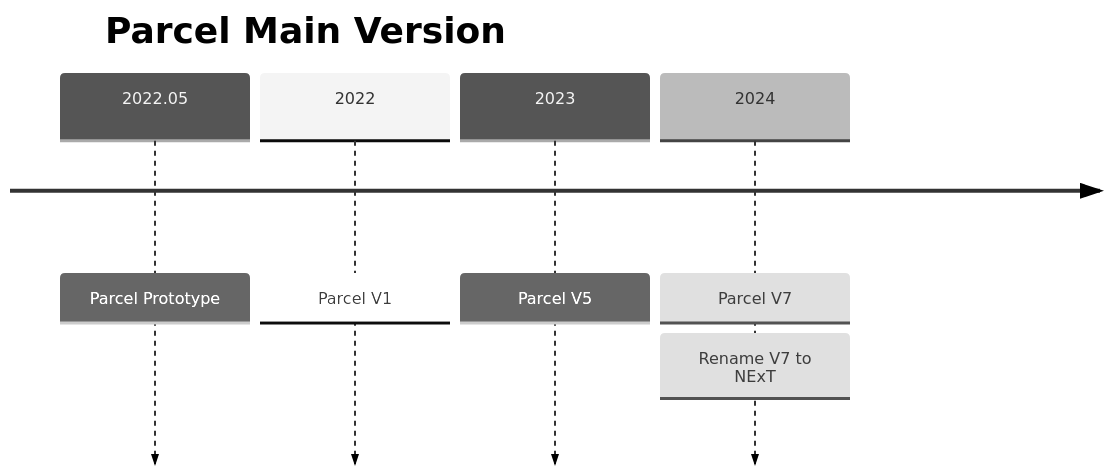
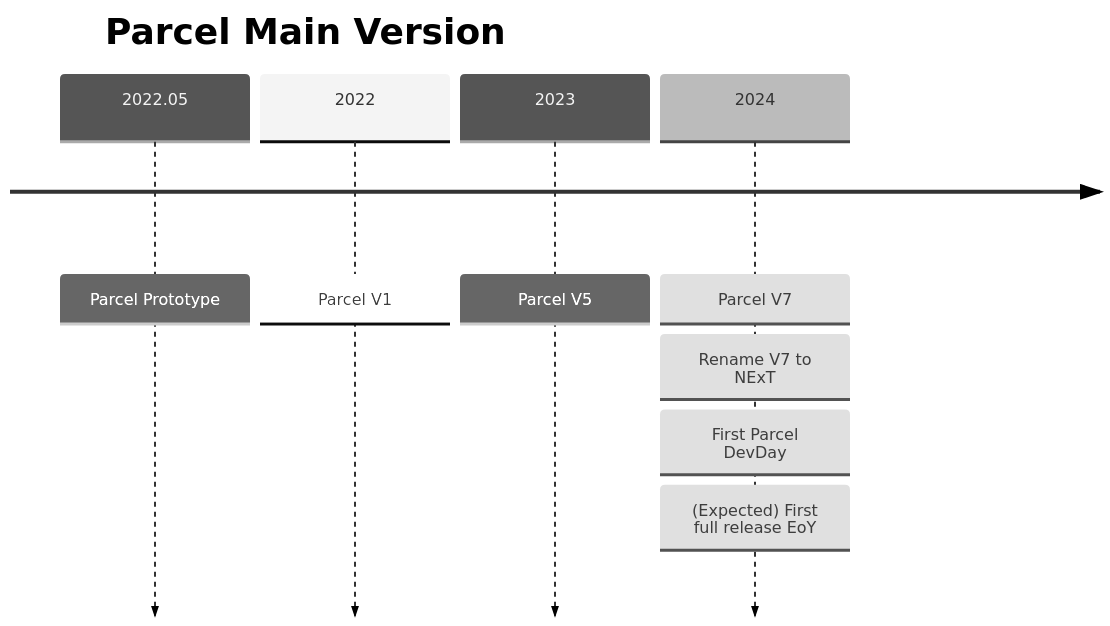
Before and after one commit to Methodox-Technologies/.github: the diagram in profile/README.md, drawn with Mermaid (neutral theme). The commit also changed other lines of this file, not shown here.

Commit message:
Update README.md
- Update timeline

````diff
--- a/profile/README.md
+++ b/profile/README.md
@@ -51,13 +51,15 @@
 ```mermaid
 timeline
 title Parcel Main Version
   2022.05
     : Parcel Prototype
   2022
     : Parcel V1
   2023
     : Parcel V5
   2024
     : Parcel V7
     : Rename V7 to NExT
+    : First Parcel DevDay
+    : (Expected) First full release EoY
 ```
````
